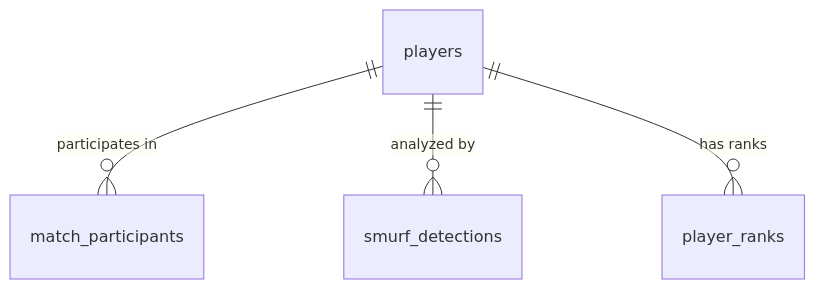
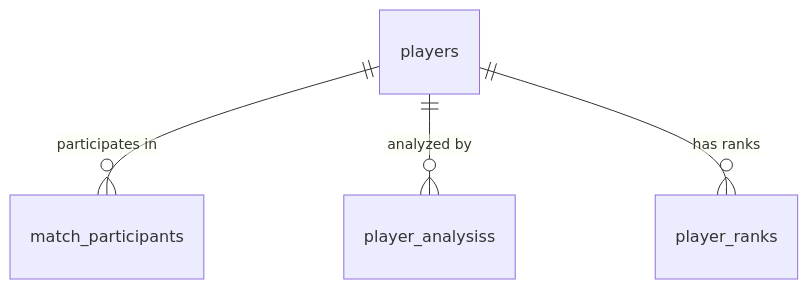
One commit to SlanyCukr/riot-api-project changed the seventh of 12 diagrams in docs/docs/jobs.md. Above: the diagram before and after it, drawn with Mermaid. The commit also changed other lines of this file and 51 other files, not shown here.

````diff
--- a/docs/docs/jobs.md
+++ b/docs/docs/jobs.md
@@ -160,6 +160,6 @@
 ```mermaid
 erDiagram
     players ||--o{ match_participants : "participates in"
-    players ||--o{ smurf_detections : "analyzed by"
+    players ||--o{ player_analysiss : "analyzed by"
     players ||--o{ player_ranks : "has ranks"
 ```
````
